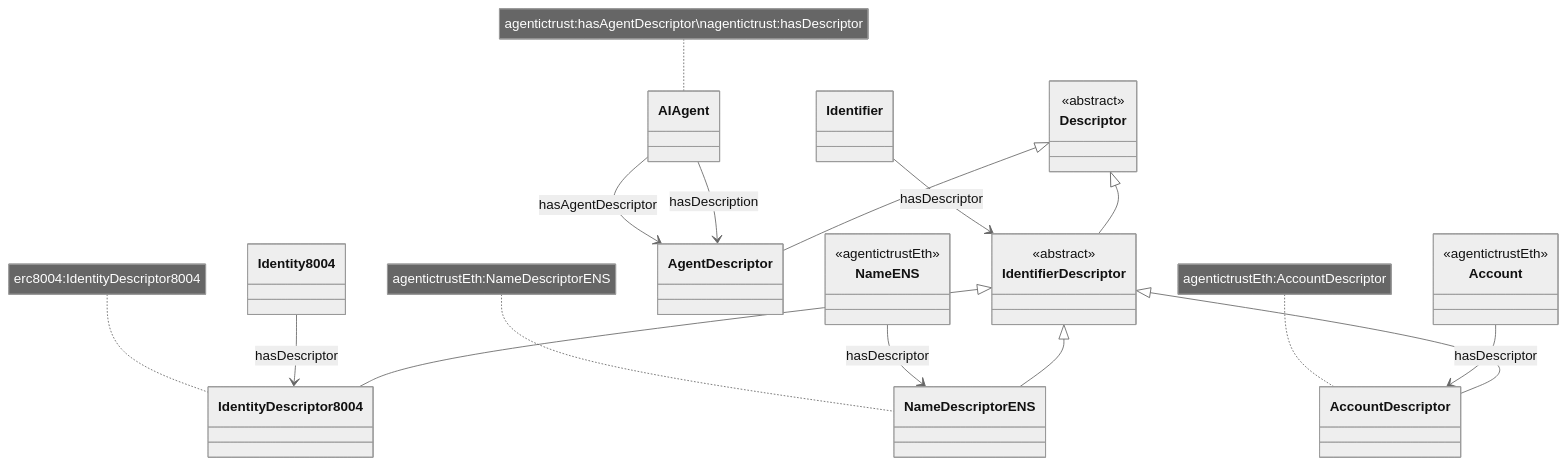
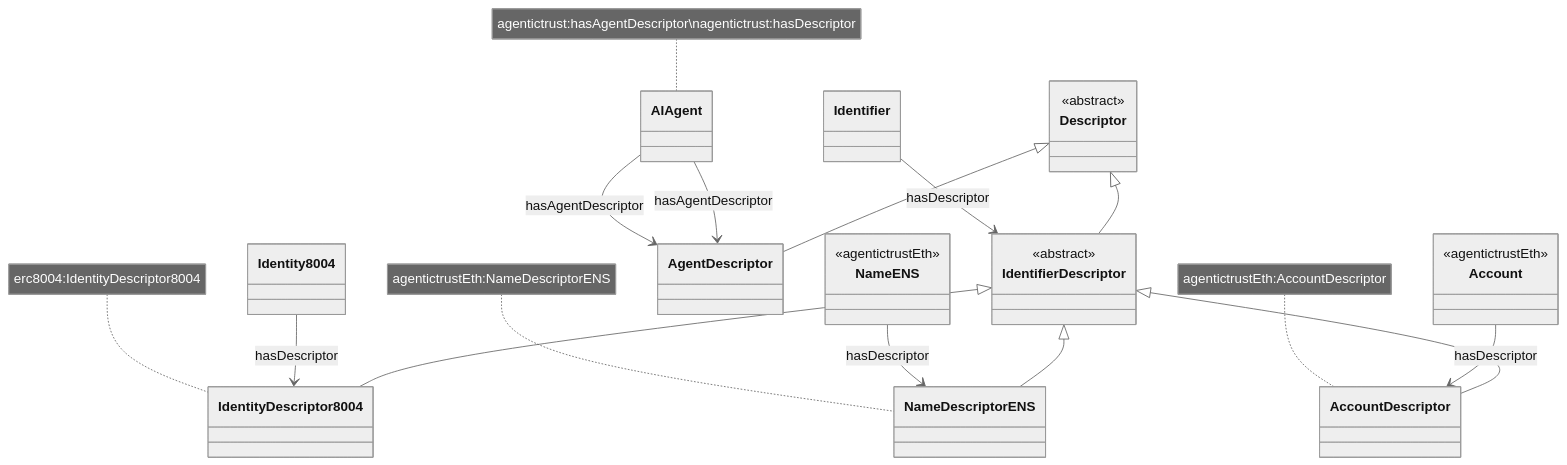
The sixth of 6 diagrams in docs/ontology/identifiers.md (Agentic-Trust-Layer/agent-explorer), drawn with Mermaid (neutral theme) before and after one commit. The commit also changed other lines of this file and 2 other files, not shown here.

Commit message:
update ontology for description

````diff
--- a/docs/ontology/identifiers.md
+++ b/docs/ontology/identifiers.md
@@ -320,47 +320,47 @@
 ```mermaid
 classDiagram
     class AIAgent {
     }
     class Identifier {
     }
     class Identity8004 {
     }
     class NameENS {
         <<agentictrustEth>>
     }
     class Account {
         <<agentictrustEth>>
     }
     class Descriptor {
         <<abstract>>
     }
     class AgentDescriptor {
     }
     class IdentifierDescriptor {
         <<abstract>>
     }
     class IdentityDescriptor8004 {
     }
     class NameDescriptorENS {
     }
     class AccountDescriptor {
     }
     
     AIAgent --> AgentDescriptor : hasAgentDescriptor
-    AIAgent --> AgentDescriptor : hasDescription
+    AIAgent --> AgentDescriptor : hasAgentDescriptor
     Identifier --> IdentifierDescriptor : hasDescriptor
     Identity8004 --> IdentityDescriptor8004 : hasDescriptor
     NameENS --> NameDescriptorENS : hasDescriptor
     Account --> AccountDescriptor : hasDescriptor
     
     note for IdentityDescriptor8004 "erc8004:IdentityDescriptor8004"
     note for NameDescriptorENS "agentictrustEth:NameDescriptorENS"
     note for AccountDescriptor "agentictrustEth:AccountDescriptor"
     note for AIAgent "agentictrust:hasAgentDescriptor\nagentictrust:hasDescriptor"
     
     Descriptor <|-- AgentDescriptor
     Descriptor <|-- IdentifierDescriptor
     IdentifierDescriptor <|-- IdentityDescriptor8004
     IdentifierDescriptor <|-- NameDescriptorENS
     IdentifierDescriptor <|-- AccountDescriptor
 ```
````
